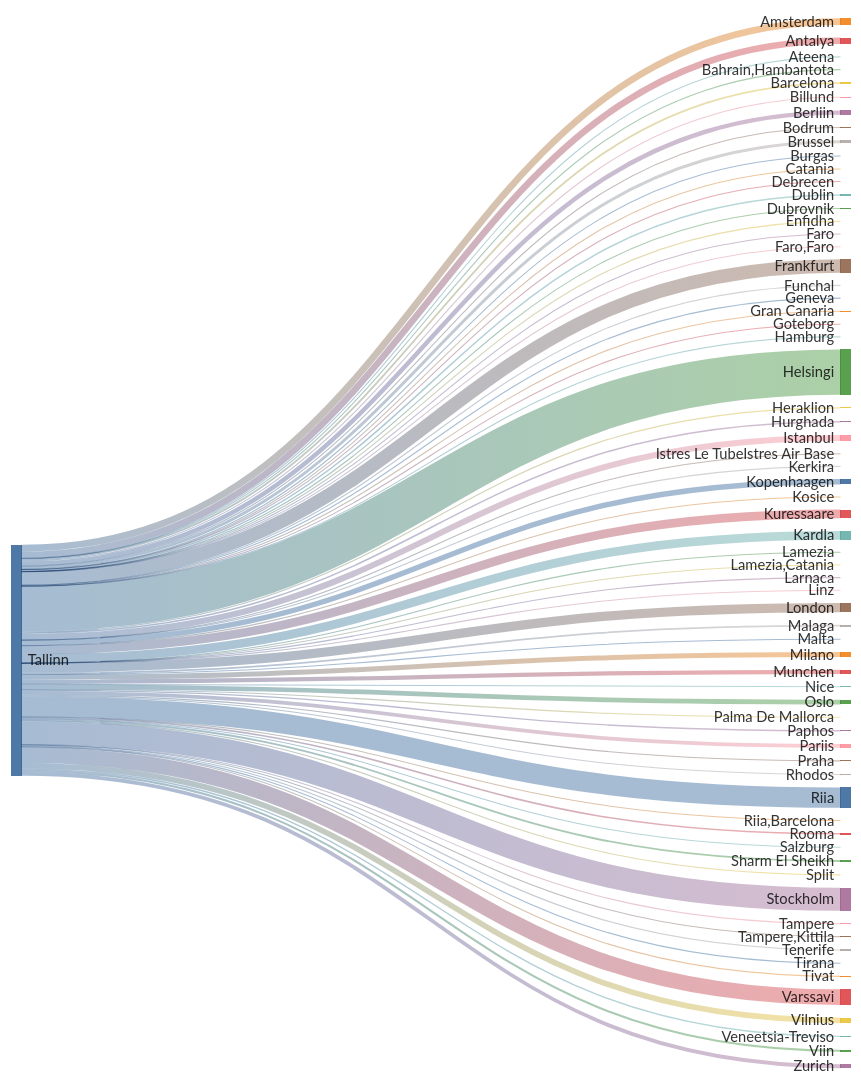
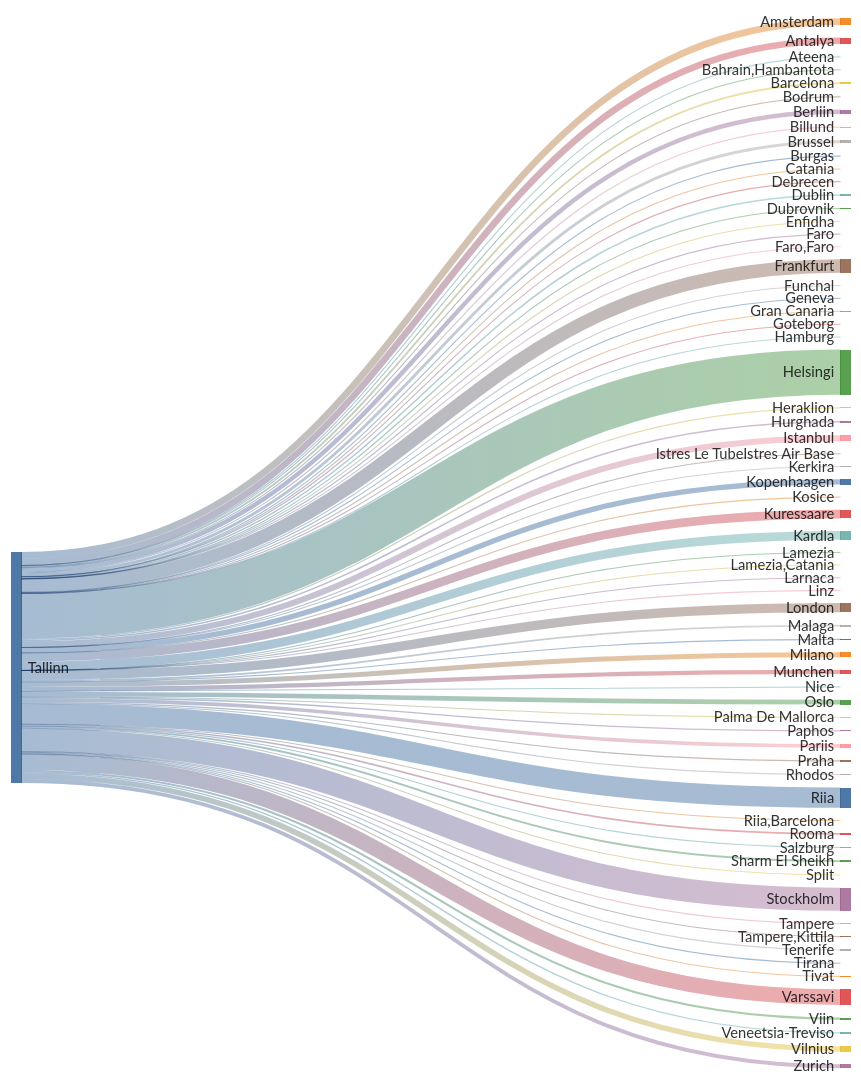
One commit to rainermesi/tll-airport-departures changed the second of 2 diagrams in README.md. Above: the diagram before and after it, drawn with Mermaid. The commit also changed other lines of this file and 1 other file, not shown here.

````diff
--- a/README.md
+++ b/README.md
@@ -34,79 +34,79 @@
 ```mermaid
 ---
 config:
   sankey:
     showValues: false
     width: 800
     height: 1000
 ---
 sankey-beta
 %% source,target,value
-Tallinn,Amsterdam,339
-Tallinn,Antalya,330
+Tallinn,Amsterdam,341
+Tallinn,Antalya,332
 Tallinn,Ateena,16
 Tallinn,"Bahrain,Hambantota",1
-Tallinn,Barcelona,93
+Tallinn,Barcelona,95
 Tallinn,Berliin,224
-Tallinn,Billund,55
+Tallinn,Billund,56
 Tallinn,Bodrum,11
 Tallinn,Brussel,146
-Tallinn,Burgas,28
+Tallinn,Burgas,29
 Tallinn,Catania,2
 Tallinn,Debrecen,1
 Tallinn,Dublin,74
 Tallinn,Dubrovnik,21
 Tallinn,Enfidha,7
 Tallinn,Faro,4
 Tallinn,"Faro,Faro",1
-Tallinn,Frankfurt,673
+Tallinn,Frankfurt,676
 Tallinn,Funchal,5
 Tallinn,Geneva,13
 Tallinn,Gran Canaria,38
 Tallinn,Goteborg,1
 Tallinn,Hamburg,2
-Tallinn,Helsingi,2267
-Tallinn,Heraklion,58
+Tallinn,Helsingi,2277
+Tallinn,Heraklion,59
 Tallinn,Hurghada,75
-Tallinn,Istanbul,303
+Tallinn,Istanbul,304
 Tallinn,Istres Le TubeIstres Air Base,2
 Tallinn,Kerkira,4
-Tallinn,Kopenhaagen,269
+Tallinn,Kopenhaagen,271
 Tallinn,Kosice,1
-Tallinn,Kuressaare,439
-Tallinn,Kardla,439
+Tallinn,Kuressaare,440
+Tallinn,Kardla,440
 Tallinn,Lamezia,1
 Tallinn,"Lamezia,Catania",3
 Tallinn,Larnaca,4
 Tallinn,Linz,2
-Tallinn,London,465
-Tallinn,Malaga,88
-Tallinn,Malta,18
+Tallinn,London,466
+Tallinn,Malaga,89
+Tallinn,Malta,19
 Tallinn,Milano,251
 Tallinn,Munchen,212
 Tallinn,Nice,31
 Tallinn,Oslo,238
-Tallinn,Palma De Mallorca,22
+Tallinn,Palma De Mallorca,23
 Tallinn,Paphos,66
 Tallinn,Pariis,186
 Tallinn,Praha,59
 Tallinn,Rhodos,39
-Tallinn,Riia,1022
+Tallinn,Riia,1026
 Tallinn,"Riia,Barcelona",1
 Tallinn,Rooma,80
 Tallinn,Salzburg,14
 Tallinn,Sharm El Sheikh,94
 Tallinn,Split,32
-Tallinn,Stockholm,1158
+Tallinn,Stockholm,1161
 Tallinn,Tampere,17
 Tallinn,"Tampere,Kittila",21
 Tallinn,Tenerife,58
 Tallinn,Tirana,12
 Tallinn,Tivat,35
-Tallinn,Varssavi,785
+Tallinn,Varssavi,788
 Tallinn,Veneetsia-Treviso,67
 Tallinn,Viin,106
 Tallinn,Vilnius,281
-Tallinn,Zurich,191
+Tallinn,Zurich,192
 
 
 ```
````
